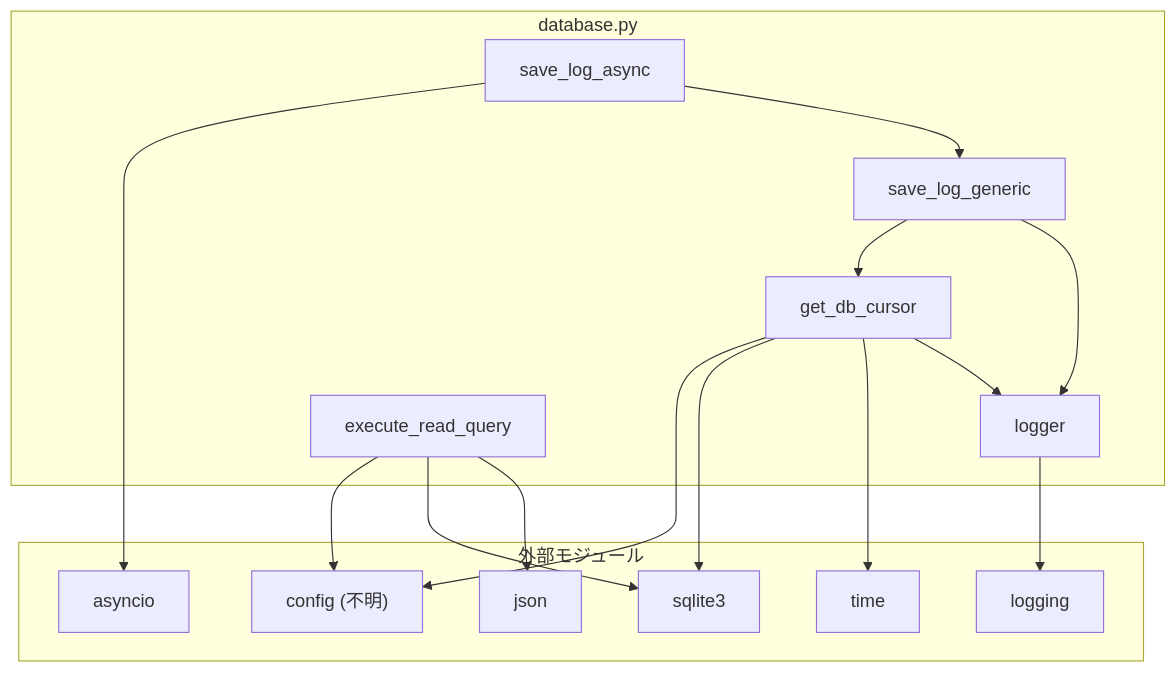
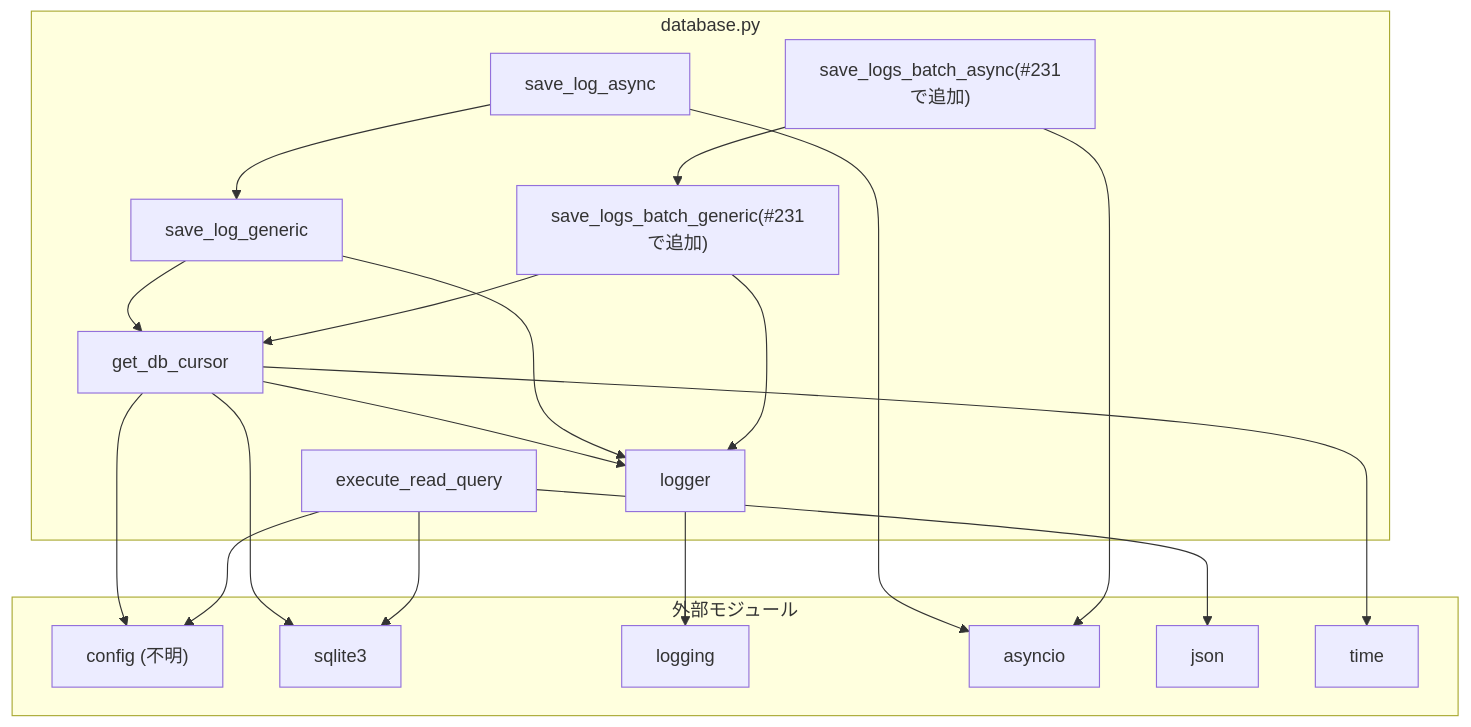
One commit to mmtigers/my_python_project changed the second of 2 diagrams in docs/specifications/MY_HOME_SYSTEM/database.md. Above: the diagram before and after it, drawn with Mermaid. The commit also changed other lines of this file and 5 other files, not shown here.

````diff
--- a/docs/specifications/MY_HOME_SYSTEM/database.md
+++ b/docs/specifications/MY_HOME_SYSTEM/database.md
@@ -191,37 +240,45 @@
 ```mermaid
 graph TD
     subgraph database.py
         logger
         get_db_cursor
         execute_read_query
         save_log_generic
         save_log_async
+        save_logs_batch_generic["save_logs_batch_generic(#231で追加)"]
+        save_logs_batch_async["save_logs_batch_async(#231で追加)"]
     end
 
     subgraph 外部モジュール
         config["config (不明)"]
         sqlite3["sqlite3"]
         logging["logging"]
         asyncio["asyncio"]
         json["json"]
         time["time"]
     end
 
     get_db_cursor --> config
     get_db_cursor --> sqlite3
     get_db_cursor --> time
     get_db_cursor --> logger
 
     execute_read_query --> config
     execute_read_query --> sqlite3
     execute_read_query --> json
 
     save_log_generic --> get_db_cursor
     save_log_generic --> logger
 
     save_log_async --> asyncio
     save_log_async --> save_log_generic
 
+    save_logs_batch_generic --> get_db_cursor
+    save_logs_batch_generic --> logger
+
+    save_logs_batch_async --> asyncio
+    save_logs_batch_async --> save_logs_batch_generic
+
     logger --> logging
 
 ```
````
